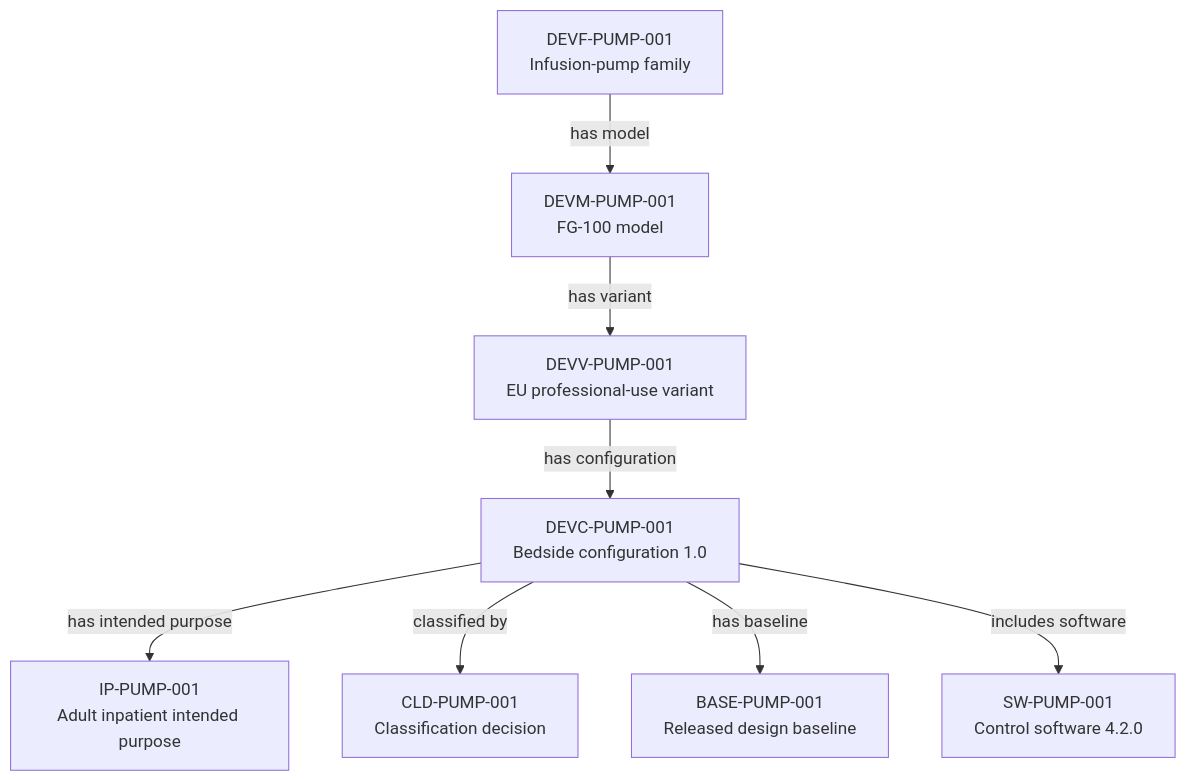
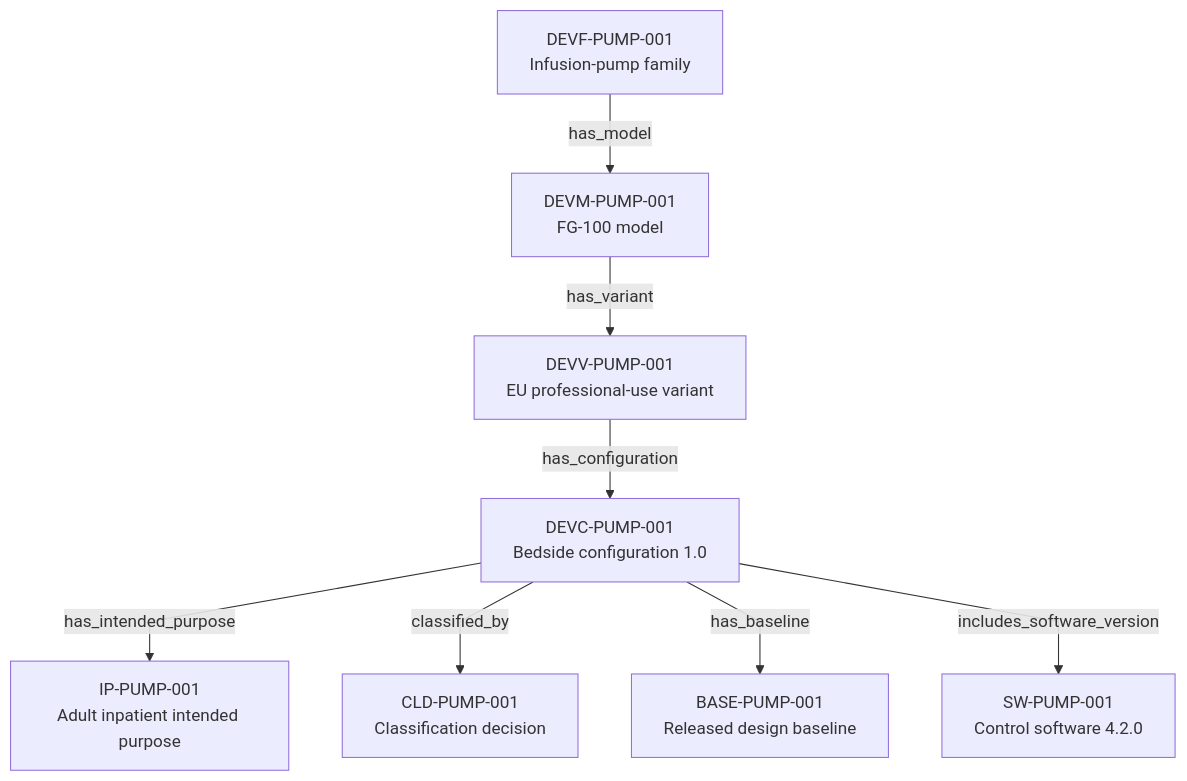
The diagram in content/06-Infpump FlowGuard ontology notes/connections/01-device-identity-and-regulatory-context.md (mvattulainen/mdrontology), drawn with Mermaid before and after one commit. The commit also changed other lines of this file and 321 other files, not shown here.

Commit message:
Implement Mermaid ontology audit findings

````diff
--- a/content/06-Infpump FlowGuard ontology notes/connections/01-device-identity-and-regulatory-context.md
+++ b/content/06-Infpump FlowGuard ontology notes/connections/01-device-identity-and-regulatory-context.md
@@ -25,26 +24,27 @@
 ```mermaid
+%%{init: {"flowchart": {"curve": "linear"}}}%%
 flowchart TD
   N1["DEVF-PUMP-001<br/>Infusion-pump family"]
   N2["DEVM-PUMP-001<br/>FG-100 model"]
   N3["DEVV-PUMP-001<br/>EU professional-use variant"]
   N4["DEVC-PUMP-001<br/>Bedside configuration 1.0"]
   N5["IP-PUMP-001<br/>Adult inpatient intended purpose"]
   N6["CLD-PUMP-001<br/>Classification decision"]
   N7["BASE-PUMP-001<br/>Released design baseline"]
   N8["SW-PUMP-001<br/>Control software 4.2.0"]
-  N1 -->|has model| N2
-  N2 -->|has variant| N3
-  N3 -->|has configuration| N4
-  N4 -->|has intended purpose| N5
-  N4 -->|classified by| N6
-  N4 -->|has baseline| N7
-  N4 -->|includes software| N8
+  N1 -->|has_model| N2
+  N2 -->|has_variant| N3
+  N3 -->|has_configuration| N4
+  N4 -->|has_intended_purpose| N5
+  N4 -->|classified_by| N6
+  N4 -->|has_baseline| N7
+  N4 -->|includes_software_version| N8
   click N1 "/06-infpump-flowguard-ontology-notes/device-family/devf-pump-001-infpump-flowguard-infusion-pump-family" "Open DEVF-PUMP-001"
   click N2 "/06-infpump-flowguard-ontology-notes/device-model/devm-pump-001-infpump-flowguard-fg-100-model" "Open DEVM-PUMP-001"
   click N3 "/06-infpump-flowguard-ontology-notes/device-variant/devv-pump-001-infpump-flowguard-fg-100-eu-professional-use-variant" "Open DEVV-PUMP-001"
   click N4 "/06-infpump-flowguard-ontology-notes/device-configuration/devc-pump-001-infpump-flowguard-bedside-configuration-10" "Open DEVC-PUMP-001"
   click N5 "/06-infpump-flowguard-ontology-notes/intended-purpose/ip-pump-001-controlled-infusion-of-prescribed-fluids-for-adult-inpatients" "Open IP-PUMP-001"
   click N6 "/06-infpump-flowguard-ontology-notes/classification-decision/cld-pump-001-bedside-configuration-classification-decision" "Open CLD-PUMP-001"
   click N7 "/06-infpump-flowguard-ontology-notes/configuration-baseline/base-pump-001-infpump-flowguard-released-design-baseline-11" "Open BASE-PUMP-001"
   click N8 "/06-infpump-flowguard-ontology-notes/software-version/sw-pump-001-infpump-flowguard-control-software-420" "Open SW-PUMP-001"
 ```
````
